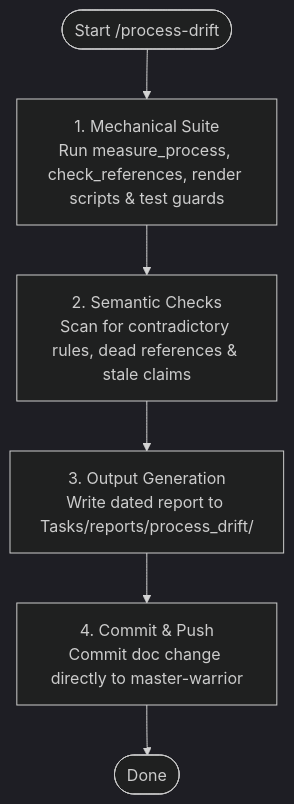
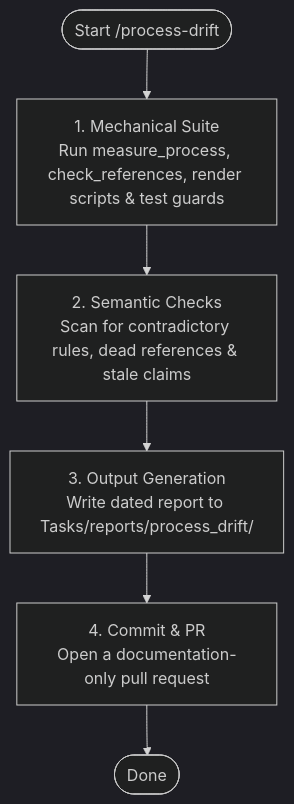
Before and after one commit to anhembedded/Sagittarius_Elite_Warrior: the diagram in .claude/skills/process-drift/SKILL.md, drawn with Mermaid (dark theme). The commit also changed other lines of this file and 19 other files, not shown here.

````diff
--- a/.claude/skills/process-drift/SKILL.md
+++ b/.claude/skills/process-drift/SKILL.md
@@ -12,8 +12,8 @@
 ```mermaid
 flowchart TD
     Start(["Start /process-drift"]) --> Mechanical["1. Mechanical Suite<br/>Run measure_process, check_references, render scripts & test guards"]
     Mechanical --> Semantic["2. Semantic Checks<br/>Scan for contradictory rules, dead references & stale claims"]
     Semantic --> Report["3. Output Generation<br/>Write dated report to Tasks/reports/process_drift/"]
-    Report --> Commit["4. Commit & Push<br/>Commit doc change directly to master-warrior"]
+    Report --> Commit["4. Commit & PR<br/>Open a documentation-only pull request"]
     Commit --> Done(["Done"])
 ```
````
